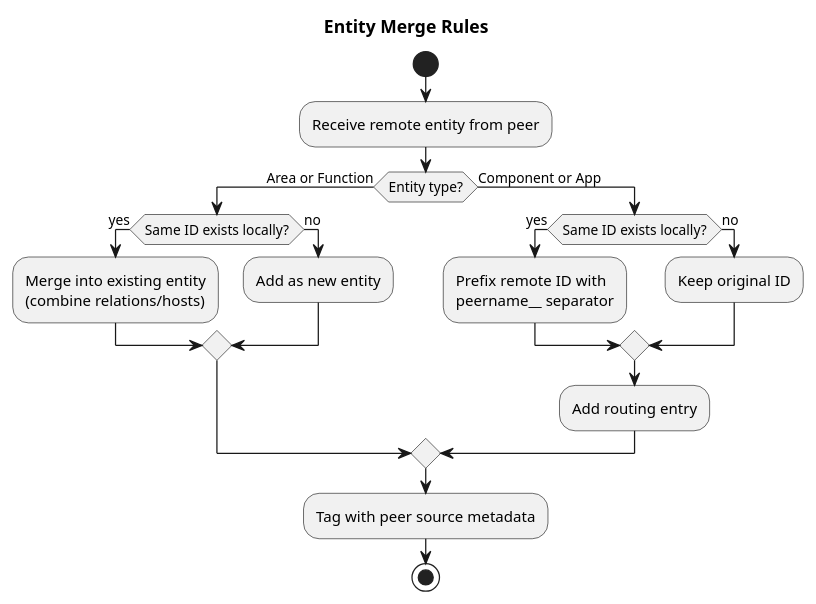
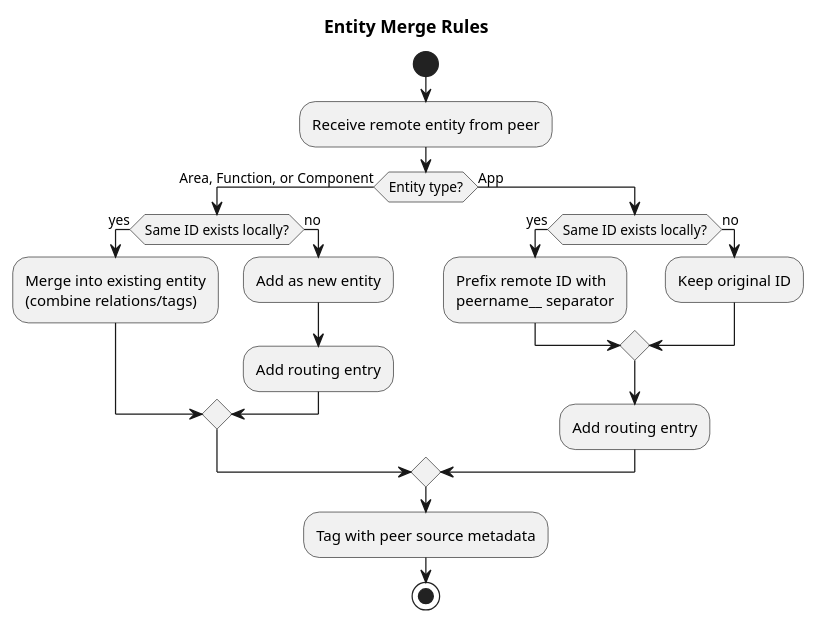
The third of 4 diagrams in src/ros2_medkit_gateway/design/aggregation.rst (selfpatch/ros2_medkit), drawn with PlantUML before and after one commit. The commit also changed other lines of this file and 2 other files, not shown here.

Commit message:
fix: handle_get_area cache-first lookup, update merge docs for Component merge-by-ID

```diff
--- a/src/ros2_medkit_gateway/design/aggregation.rst
+++ b/src/ros2_medkit_gateway/design/aggregation.rst
@@ -183,27 +183,28 @@
 .. plantuml::
    :caption: Entity Merge Logic by Type
 
    @startuml entity_merge
 
    title Entity Merge Rules
 
    start
    :Receive remote entity from peer;
-   if (Entity type?) then (Area or Function)
+   if (Entity type?) then (Area, Function, or Component)
        if (Same ID exists locally?) then (yes)
-           :Merge into existing entity\n(combine relations/hosts);
+           :Merge into existing entity\n(combine relations/tags);
        else (no)
            :Add as new entity;
+           :Add routing entry;
        endif
-   else (Component or App)
+   else (App)
        if (Same ID exists locally?) then (yes)
            :Prefix remote ID with\npeername__ separator;
        else (no)
            :Keep original ID;
        endif
        :Add routing entry;
    endif
    :Tag with peer source metadata;
    stop
 
    @enduml
```
